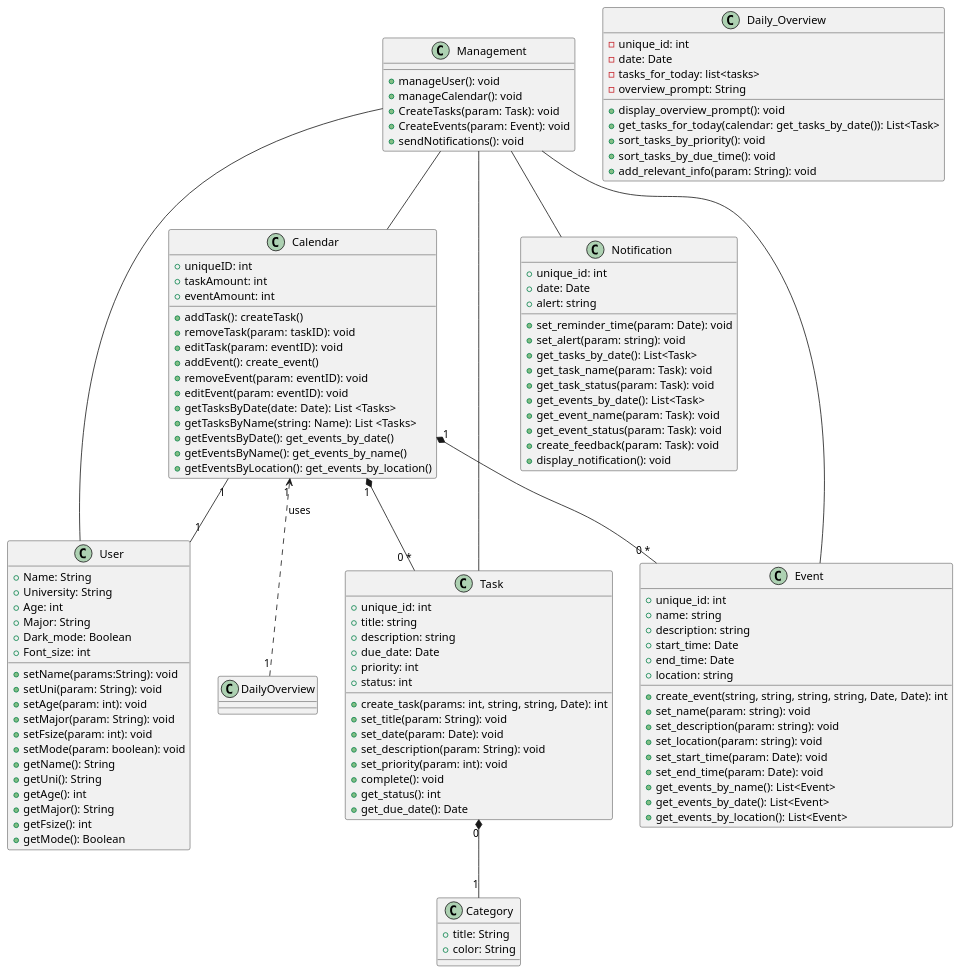
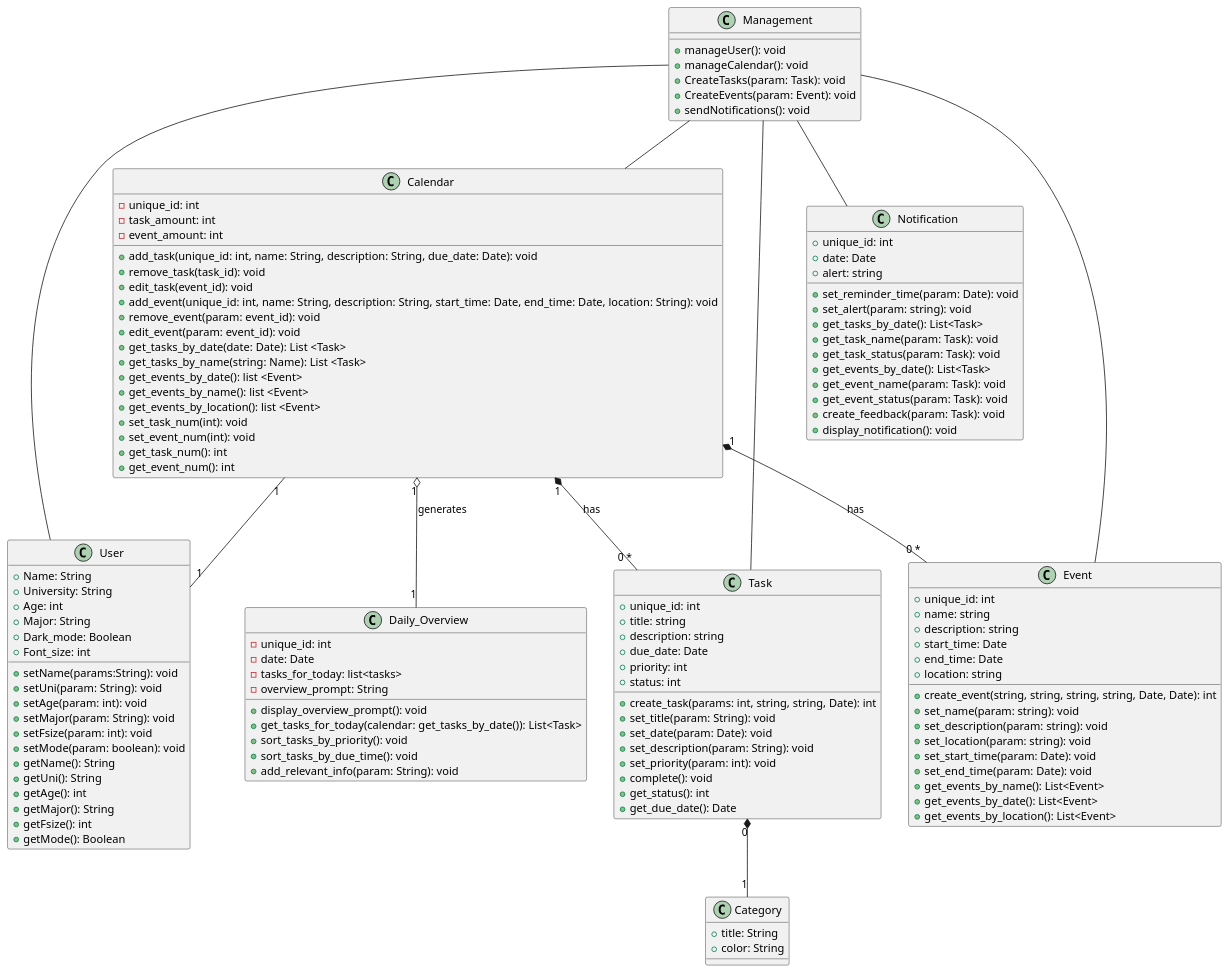
Before and after one commit to CS361-2024Fall-Term/Innovators: the diagram in assignment6/Diagram.puml, drawn with PlantUML.

Commit message:
Updated calendar class

```diff
--- a/assignment6/Diagram.puml
+++ b/assignment6/Diagram.puml
@@ -1,133 +1,137 @@
 @startuml
 
 class User {
   +Name: String
   +University: String
   +Age: int
   +Major: String
   +Dark_mode: Boolean
   +Font_size: int
   +setName(params:String): void
   +setUni(param: String): void
   +setAge(param: int): void
   +setMajor(param: String): void
   +setFsize(param: int): void
   +setMode(param: boolean): void
   +getName(): String
   +getUni(): String
   +getAge(): int
   +getMajor(): String
   +getFsize(): int
   +getMode(): Boolean
  
 }
 
 class Calendar {
-  +uniqueID: int  
-  +taskAmount: int
-  +eventAmount: int
-  +addTask(): createTask()
-  +removeTask(param: taskID): void
-  +editTask(param: eventID): void
-  +addEvent(): create_event()
-  +removeEvent(param: eventID): void
-  +editEvent(param: eventID): void
-  +getTasksByDate(date: Date): List <Tasks>
-  +getTasksByName(string: Name): List <Tasks>
-  +getEventsByDate(): get_events_by_date()
-  +getEventsByName(): get_events_by_name()
-  +getEventsByLocation(): get_events_by_location()
+  -unique_id: int  
+  -task_amount: int
+  -event_amount: int
+  +add_task(unique_id: int, name: String, description: String, due_date: Date): void
+  +remove_task(task_id): void
+  +edit_task(event_id): void
+  +add_event(unique_id: int, name: String, description: String, start_time: Date, end_time: Date, location: String): void
+  +remove_event(param: event_id): void
+  +edit_event(param: event_id): void
+  +get_tasks_by_date(date: Date): List <Task>
+  +get_tasks_by_name(string: Name): List <Task>
+  +get_events_by_date(): list <Event>
+  +get_events_by_name(): list <Event>
+  +get_events_by_location(): list <Event>
+  +set_task_num(int): void
+  +set_event_num(int): void
+  +get_task_num(): int
+  +get_event_num(): int
 }
 
 class Task {
   +unique_id: int
   +title: string
   +description: string
   +due_date: Date
   +priority: int
   +status: int
   +create_task(params: int, string, string, Date): int
   +set_title(param: String): void
   +set_date(param: Date): void
   +set_description(param: String): void
   +set_priority(param: int): void
   +complete(): void
   +get_status(): int
   +get_due_date(): Date
 }
 
 class Category {
   +title: String
   +color: String
 }
 
 class Notification {
   +unique_id: int  
   +date: Date
   +alert: string
   
   +set_reminder_time(param: Date): void
   +set_alert(param: string): void
   +get_tasks_by_date(): List<Task>
   +get_task_name(param: Task): void
   +get_task_status(param: Task): void
   +get_events_by_date(): List<Task>
   +get_event_name(param: Task): void
   +get_event_status(param: Task): void
   +create_feedback(param: Task): void
   +display_notification(): void
 }
 
 class Event {
   +unique_id: int  
   +name: string
   +description: string
   +start_time: Date
   +end_time: Date
   +location: string
   +create_event(string, string, string, string, Date, Date): int
   +set_name(param: string): void
   +set_description(param: string): void
   +set_location(param: string): void
   +set_start_time(param: Date): void
   +set_end_time(param: Date): void
   +get_events_by_name(): List<Event>
   +get_events_by_date(): List<Event>
   +get_events_by_location(): List<Event>
 }
 
 class Daily_Overview {
     -unique_id: int
     -date: Date
     -tasks_for_today: list<tasks>
     -overview_prompt: String
 
     +display_overview_prompt(): void
     +get_tasks_for_today(calendar: get_tasks_by_date()): List<Task>
     +sort_tasks_by_priority(): void
     +sort_tasks_by_due_time(): void
     +add_relevant_info(param: String): void
 }
 
 class Management {
   +manageUser(): void
   +manageCalendar(): void
   +CreateTasks(param: Task): void
   +CreateEvents(param: Event): void
   +sendNotifications(): void
 }
 
 Management -- User
 Management -- Calendar
 Management -- Task
 Management -- Event
 Management -- Notification
 
 Calendar "1" -- "1" User
-Calendar "1" *-- "0 *" Task
-Calendar "1" <.. "1" DailyOverview : uses
-Calendar "1" *-- "0 *" Event
+Calendar "1" *-- "0 *" Task : "has"
+Calendar "1" *-- "0 *" Event : "has"
+Calendar "1" o-- "1" Daily_Overview : "generates"
 Task "0" *-- "1" Category
 
 
 @enduml
```
